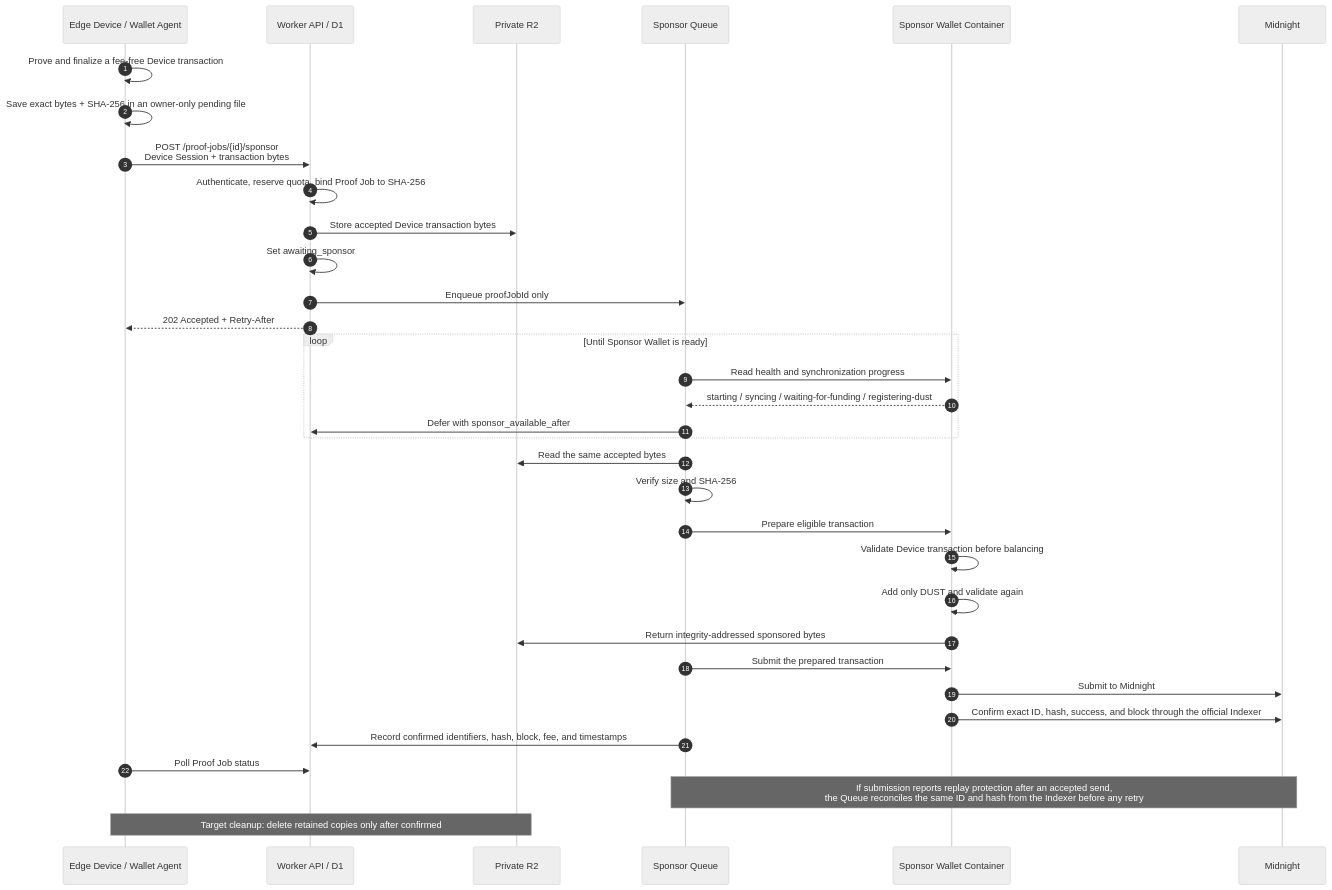
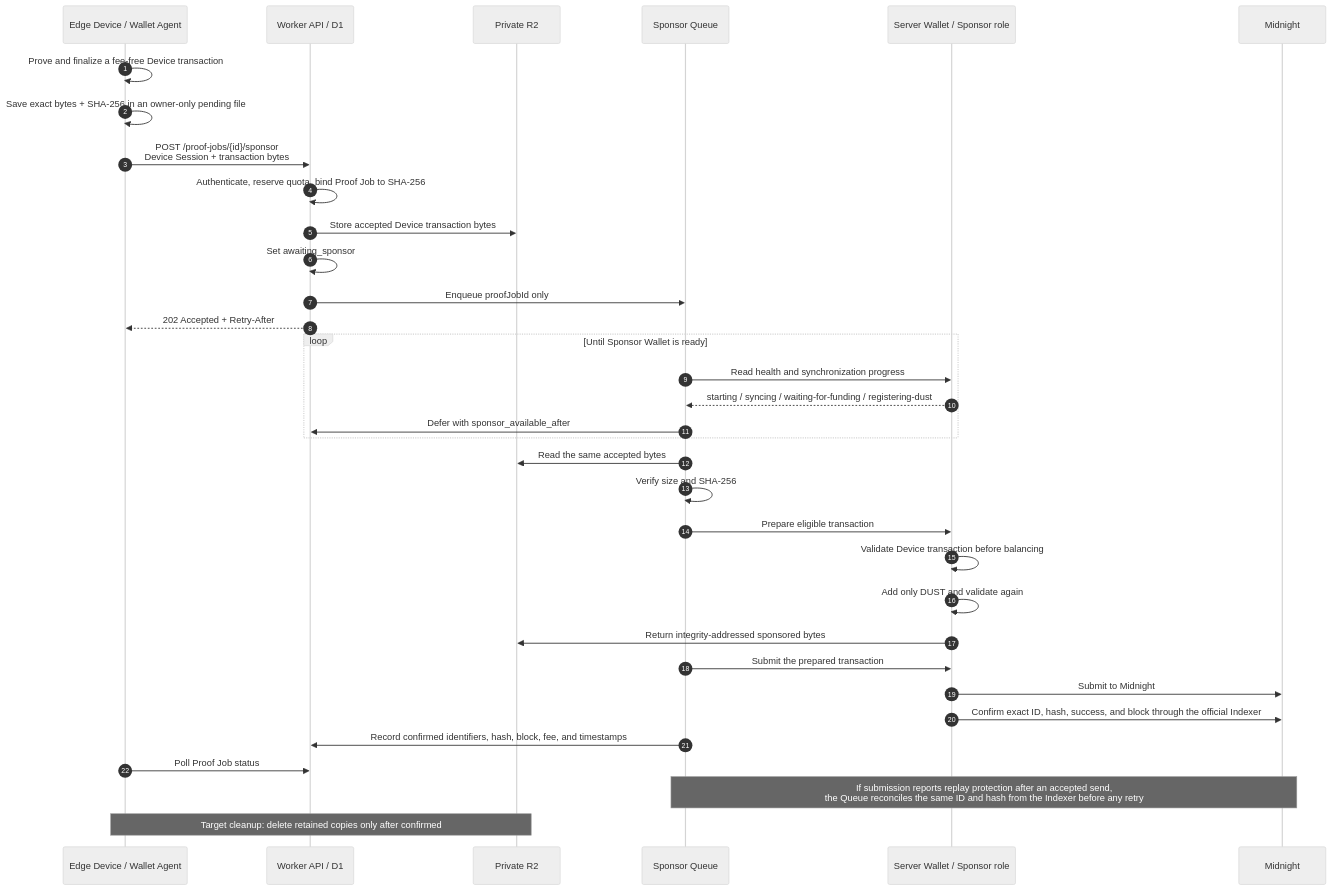
Before and after one commit to commun-platform/midnight_buildathons_bacchili: the first of 2 diagrams in docs/implementation/fee_sponsorship.md, drawn with Mermaid (neutral theme). The commit also changed other lines of this file and 48 other files, not shown here.

````diff
--- a/docs/implementation/fee_sponsorship.md
+++ b/docs/implementation/fee_sponsorship.md
@@ -44,40 +49,40 @@
 ```mermaid
 sequenceDiagram
     autonumber
     participant E as Edge Device / Wallet Agent
     participant W as Worker API / D1
     participant R as Private R2
     participant Q as Sponsor Queue
-    participant S as Sponsor Wallet Container
+    participant S as Server Wallet / Sponsor role
     participant M as Midnight
 
     E->>E: Prove and finalize a fee-free Device transaction
     E->>E: Save exact bytes + SHA-256 in an owner-only pending file
     E->>W: POST /proof-jobs/{id}/sponsor<br/>Device Session + transaction bytes
     W->>W: Authenticate, reserve quota, bind Proof Job to SHA-256
     W->>R: Store accepted Device transaction bytes
     W->>W: Set awaiting_sponsor
     W->>Q: Enqueue proofJobId only
     W-->>E: 202 Accepted + Retry-After
 
     loop Until Sponsor Wallet is ready
         Q->>S: Read health and synchronization progress
         S-->>Q: starting / syncing / waiting-for-funding / registering-dust
         Q->>W: Defer with sponsor_available_after
     end
 
     Q->>R: Read the same accepted bytes
     Q->>Q: Verify size and SHA-256
     Q->>S: Prepare eligible transaction
     S->>S: Validate Device transaction before balancing
     S->>S: Add only DUST and validate again
     S->>R: Return integrity-addressed sponsored bytes
     Q->>S: Submit the prepared transaction
     S->>M: Submit to Midnight
     S->>M: Confirm exact ID, hash, success, and block through the official Indexer
     Q->>W: Record confirmed identifiers, hash, block, fee, and timestamps
 
     E->>W: Poll Proof Job status
     Note over Q,M: If submission reports replay protection after an accepted send,<br/>the Queue reconciles the same ID and hash from the Indexer before any retry
     Note over E,R: Target cleanup: delete retained copies only after confirmed
 ```
````
